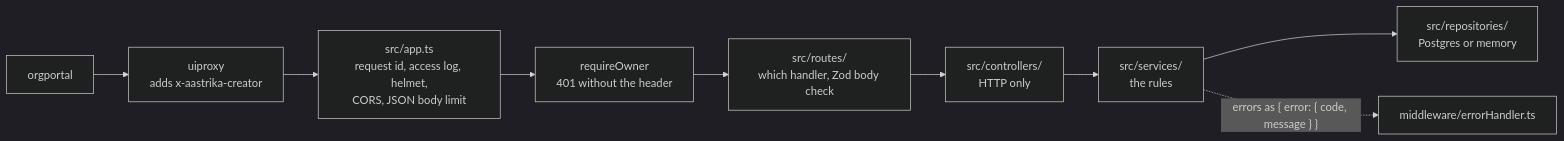
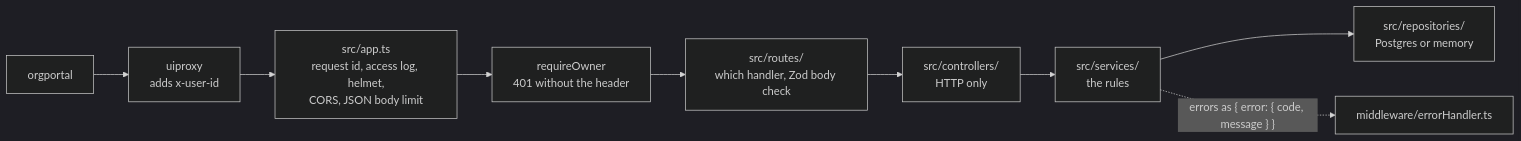
Before and after one commit to vpPavithra/frac-AIstudio-service: the second of 5 diagrams in docs/CODE_FLOW.md, drawn with Mermaid (dark theme). The commit also changed other lines of this file and 31 other files, not shown here.

````diff
--- a/docs/CODE_FLOW.md
+++ b/docs/CODE_FLOW.md
@@ -64,7 +64,7 @@
 ```mermaid
 flowchart LR
-  P[orgportal] --> X["uiproxy<br/>adds x-aastrika-creator"] --> A["src/app.ts<br/>request id, access log, helmet,<br/>CORS, JSON body limit"]
+  P[orgportal] --> X["uiproxy<br/>adds x-user-id"] --> A["src/app.ts<br/>request id, access log, helmet,<br/>CORS, JSON body limit"]
   A --> O["requireOwner<br/>401 without the header"] --> R["src/routes/<br/>which handler, Zod body check"]
   R --> C["src/controllers/<br/>HTTP only"] --> S["src/services/<br/>the rules"] --> DB["src/repositories/<br/>Postgres or memory"]
   S -. "errors as { error: { code, message } }" .-> E["middleware/errorHandler.ts"]
 ```
````
